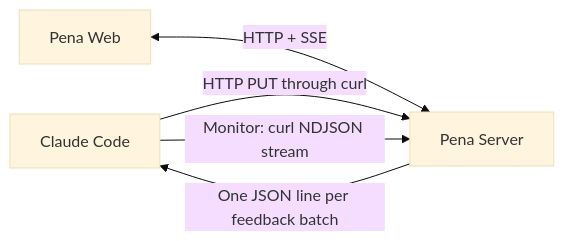
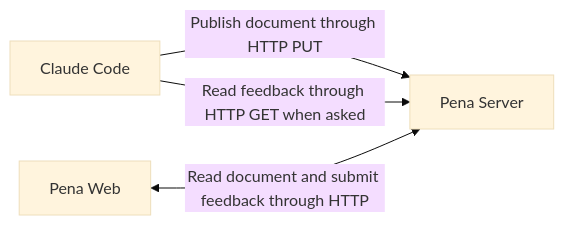
Before and after one commit to mshddev/pena: the diagram in docs/INITIAL_ARCHITECTURE.md, drawn with Mermaid (base theme). The commit also changed other lines of this file and 1 other file, not shown here.

Commit message:
docs: define manual feedback first slice

````diff
--- a/docs/INITIAL_ARCHITECTURE.md
+++ b/docs/INITIAL_ARCHITECTURE.md
@@ -16,7 +16,6 @@
 ```mermaid
 flowchart LR
-    Claude["Claude Code"] -->|"HTTP PUT through curl"| Server["Pena Server"]
-    Browser["Pena Web"] <-->|"HTTP + SSE"| Server
-    Claude -->|"Monitor: curl NDJSON stream"| Server
-    Server -->|"One JSON line per feedback batch"| Claude
+    Claude["Claude Code"] -->|"Publish document through HTTP PUT"| Server["Pena Server"]
+    Browser["Pena Web"] <-->|"Read document and submit feedback through HTTP"| Server
+    Claude -->|"Read feedback through HTTP GET when asked"| Server
 ```
````
